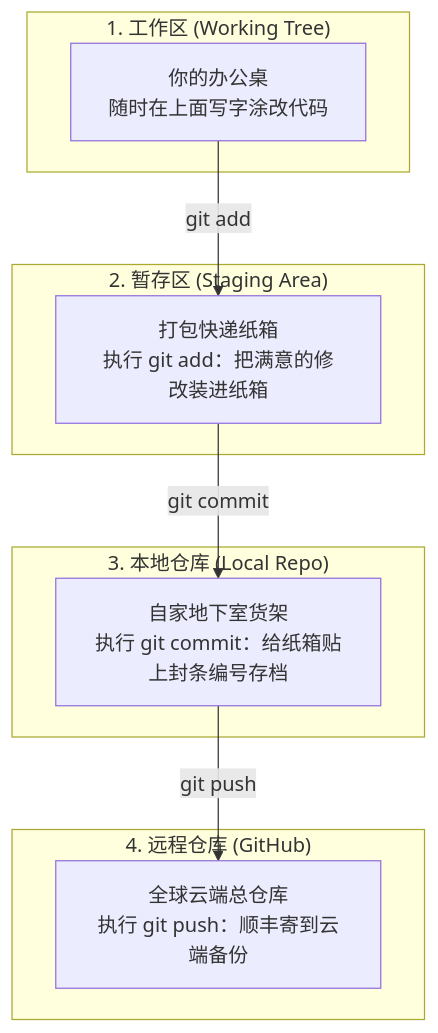
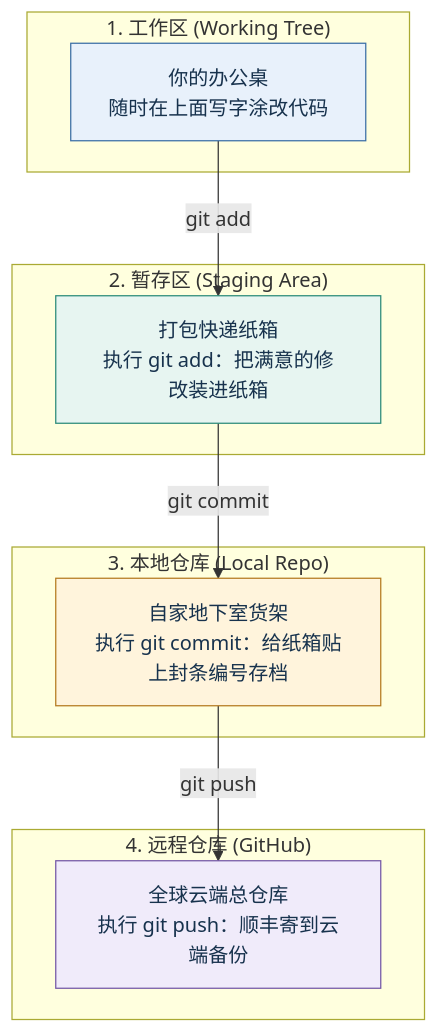
The diagram in 02_概念扫盲/img/diagrams/02-diagram-01.mmd (buffer121328/vibe-coding-and-agents), drawn with Mermaid before and after one commit. The commit also changed 168 other files, not shown here.

```diff
--- a/02_概念扫盲/img/diagrams/02-diagram-01.mmd
+++ b/02_概念扫盲/img/diagrams/02-diagram-01.mmd
@@ -1,20 +1,26 @@
 graph TD
     subgraph S1 ["1. 工作区 (Working Tree)"]
         W["你的办公桌\n随时在上面写字涂改代码"]
     end
 
     subgraph S2 ["2. 暂存区 (Staging Area)"]
         S["打包快递纸箱\n执行 git add：把满意的修改装进纸箱"]
     end
 
     subgraph S3 ["3. 本地仓库 (Local Repo)"]
         L["自家地下室货架\n执行 git commit：给纸箱贴上封条编号存档"]
     end
 
     subgraph S4 ["4. 远程仓库 (GitHub)"]
         R["全球云端总仓库\n执行 git push：顺丰寄到云端备份"]
     end
 
     W -->|git add| S
     S -->|git commit| L
     L -->|git push| R
+
+%% Academic palette: restrained blue, teal, gold, violet, and coral accents.
+style W fill:#E8F1FB,stroke:#3A6EA5,color:#17324D
+style S fill:#E7F5F1,stroke:#2B8A78,color:#17324D
+style L fill:#FFF4DC,stroke:#B47A1F,color:#17324D
+style R fill:#F0EBFA,stroke:#7357A6,color:#17324D
```
